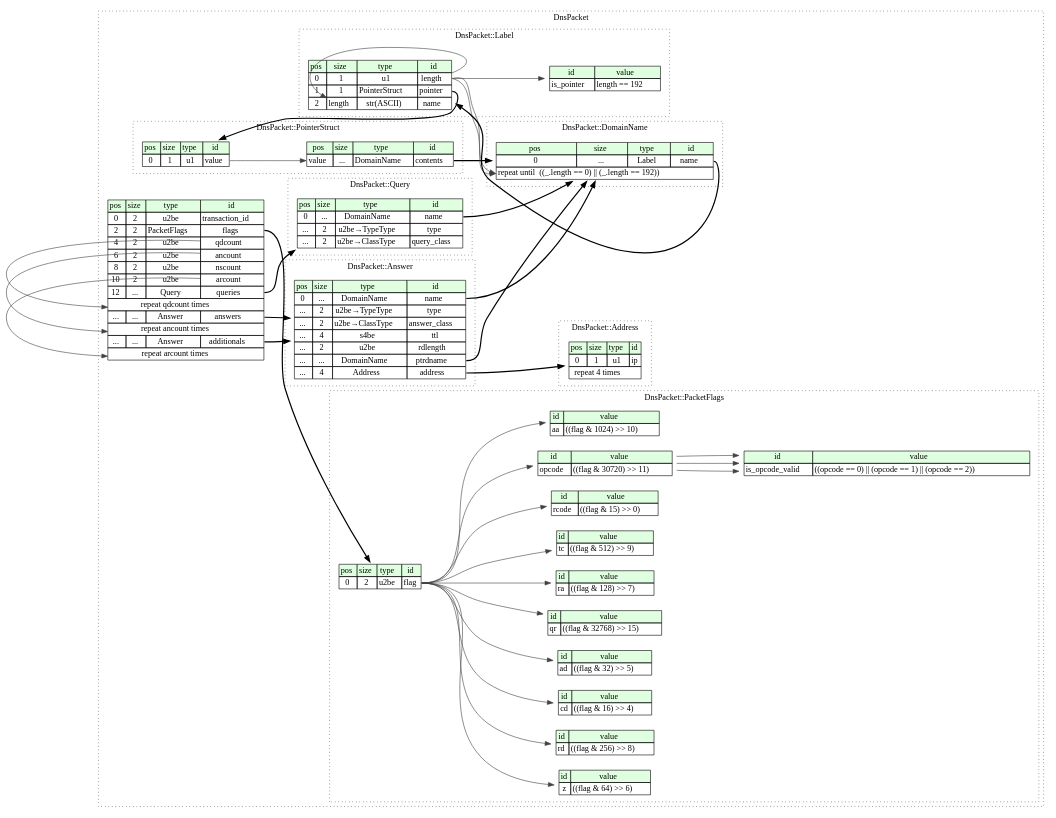
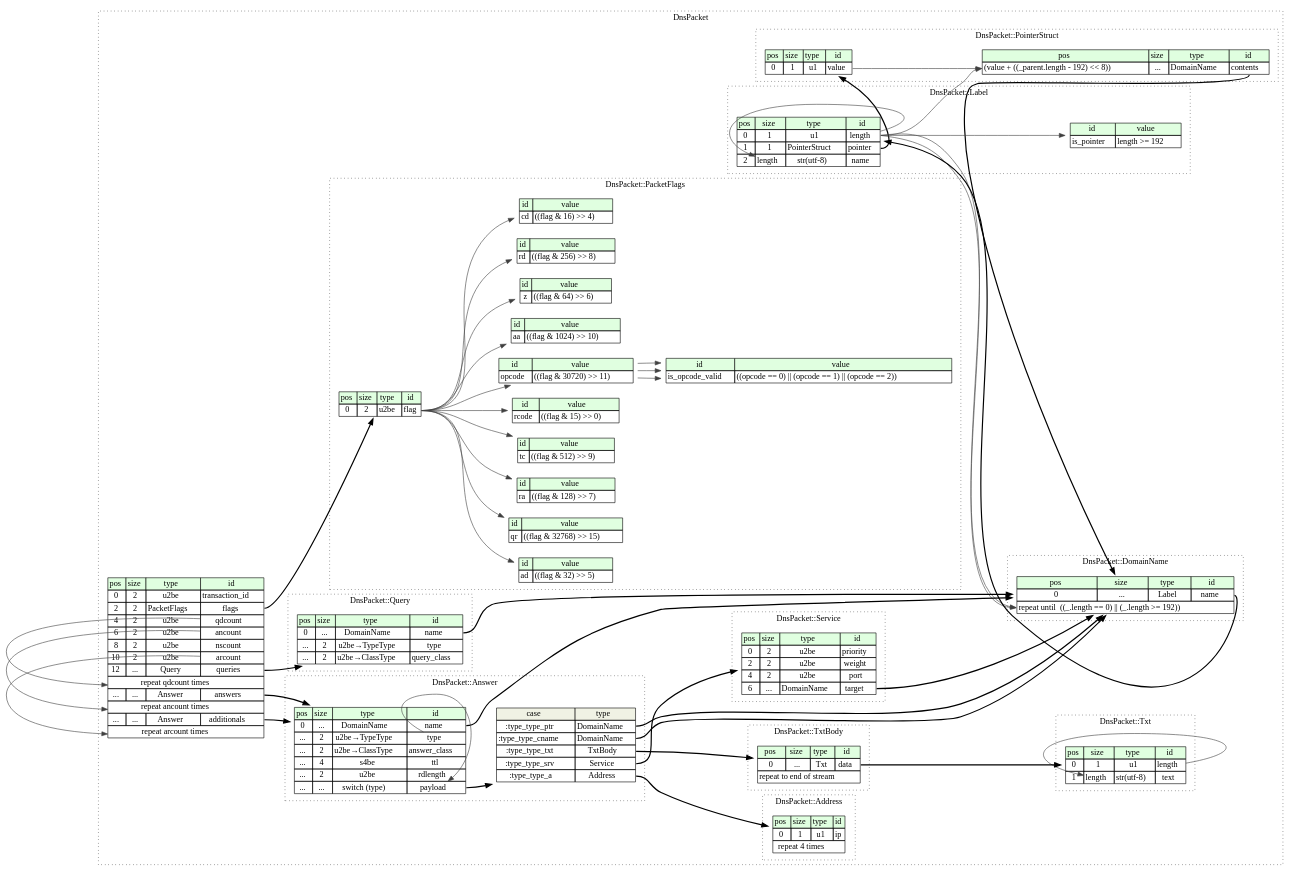
The diagram in dns_packet/src/graphviz/dns_packet.dot (kaitai-io/formats-kaitai-io.github.io), drawn with Graphviz before and after one commit. The commit also changed 20 other files, not shown here.

```diff
--- a/dns_packet/src/graphviz/dns_packet.dot
+++ b/dns_packet/src/graphviz/dns_packet.dot
@@ -30,7 +30,7 @@
 			</TABLE>>];
 			pointer_struct__inst__contents [label=<<TABLE BORDER="0" CELLBORDER="1" CELLSPACING="0">
 				<TR><TD BGCOLOR="#E0FFE0">pos</TD><TD BGCOLOR="#E0FFE0">size</TD><TD BGCOLOR="#E0FFE0">type</TD><TD BGCOLOR="#E0FFE0">id</TD></TR>
-				<TR><TD PORT="contents_pos">value</TD><TD PORT="contents_size">...</TD><TD>DomainName</TD><TD PORT="contents_type">contents</TD></TR>
+				<TR><TD PORT="contents_pos">(value + ((_parent.length - 192) &lt;&lt; 8))</TD><TD PORT="contents_size">...</TD><TD>DomainName</TD><TD PORT="contents_type">contents</TD></TR>
 			</TABLE>>];
 		}
 		subgraph cluster__label {
@@ -41,11 +41,11 @@
 				<TR><TD BGCOLOR="#E0FFE0">pos</TD><TD BGCOLOR="#E0FFE0">size</TD><TD BGCOLOR="#E0FFE0">type</TD><TD BGCOLOR="#E0FFE0">id</TD></TR>
 				<TR><TD PORT="length_pos">0</TD><TD PORT="length_size">1</TD><TD>u1</TD><TD PORT="length_type">length</TD></TR>
 				<TR><TD PORT="pointer_pos">1</TD><TD PORT="pointer_size">1</TD><TD>PointerStruct</TD><TD PORT="pointer_type">pointer</TD></TR>
-				<TR><TD PORT="name_pos">2</TD><TD PORT="name_size">length</TD><TD>str(ASCII)</TD><TD PORT="name_type">name</TD></TR>
+				<TR><TD PORT="name_pos">2</TD><TD PORT="name_size">length</TD><TD>str(utf-8)</TD><TD PORT="name_type">name</TD></TR>
 			</TABLE>>];
 			label__inst__is_pointer [label=<<TABLE BORDER="0" CELLBORDER="1" CELLSPACING="0">
 				<TR><TD BGCOLOR="#E0FFE0">id</TD><TD BGCOLOR="#E0FFE0">value</TD></TR>
-				<TR><TD>is_pointer</TD><TD>length == 192</TD></TR>
+				<TR><TD>is_pointer</TD><TD>length &gt;= 192</TD></TR>
 			</TABLE>>];
 		}
 		subgraph cluster__query {
@@ -66,7 +66,39 @@
 			domain_name__seq [label=<<TABLE BORDER="0" CELLBORDER="1" CELLSPACING="0">
 				<TR><TD BGCOLOR="#E0FFE0">pos</TD><TD BGCOLOR="#E0FFE0">size</TD><TD BGCOLOR="#E0FFE0">type</TD><TD BGCOLOR="#E0FFE0">id</TD></TR>
 				<TR><TD PORT="name_pos">0</TD><TD PORT="name_size">...</TD><TD>Label</TD><TD PORT="name_type">name</TD></TR>
-				<TR><TD COLSPAN="4" PORT="name__repeat">repeat until  ((_.length == 0) || (_.length == 192)) </TD></TR>
+				<TR><TD COLSPAN="4" PORT="name__repeat">repeat until  ((_.length == 0) || (_.length &gt;= 192)) </TD></TR>
+			</TABLE>>];
+		}
+		subgraph cluster__service {
+			label="DnsPacket::Service";
+			graph[style=dotted];
+
+			service__seq [label=<<TABLE BORDER="0" CELLBORDER="1" CELLSPACING="0">
+				<TR><TD BGCOLOR="#E0FFE0">pos</TD><TD BGCOLOR="#E0FFE0">size</TD><TD BGCOLOR="#E0FFE0">type</TD><TD BGCOLOR="#E0FFE0">id</TD></TR>
+				<TR><TD PORT="priority_pos">0</TD><TD PORT="priority_size">2</TD><TD>u2be</TD><TD PORT="priority_type">priority</TD></TR>
+				<TR><TD PORT="weight_pos">2</TD><TD PORT="weight_size">2</TD><TD>u2be</TD><TD PORT="weight_type">weight</TD></TR>
+				<TR><TD PORT="port_pos">4</TD><TD PORT="port_size">2</TD><TD>u2be</TD><TD PORT="port_type">port</TD></TR>
+				<TR><TD PORT="target_pos">6</TD><TD PORT="target_size">...</TD><TD>DomainName</TD><TD PORT="target_type">target</TD></TR>
+			</TABLE>>];
+		}
+		subgraph cluster__txt {
+			label="DnsPacket::Txt";
+			graph[style=dotted];
+
+			txt__seq [label=<<TABLE BORDER="0" CELLBORDER="1" CELLSPACING="0">
+				<TR><TD BGCOLOR="#E0FFE0">pos</TD><TD BGCOLOR="#E0FFE0">size</TD><TD BGCOLOR="#E0FFE0">type</TD><TD BGCOLOR="#E0FFE0">id</TD></TR>
+				<TR><TD PORT="length_pos">0</TD><TD PORT="length_size">1</TD><TD>u1</TD><TD PORT="length_type">length</TD></TR>
+				<TR><TD PORT="text_pos">1</TD><TD PORT="text_size">length</TD><TD>str(utf-8)</TD><TD PORT="text_type">text</TD></TR>
+			</TABLE>>];
+		}
+		subgraph cluster__txt_body {
+			label="DnsPacket::TxtBody";
+			graph[style=dotted];
+
+			txt_body__seq [label=<<TABLE BORDER="0" CELLBORDER="1" CELLSPACING="0">
+				<TR><TD BGCOLOR="#E0FFE0">pos</TD><TD BGCOLOR="#E0FFE0">size</TD><TD BGCOLOR="#E0FFE0">type</TD><TD BGCOLOR="#E0FFE0">id</TD></TR>
+				<TR><TD PORT="data_pos">0</TD><TD PORT="data_size">...</TD><TD>Txt</TD><TD PORT="data_type">data</TD></TR>
+				<TR><TD COLSPAN="4" PORT="data__repeat">repeat to end of stream</TD></TR>
 			</TABLE>>];
 		}
 		subgraph cluster__address {
@@ -90,9 +122,16 @@
 				<TR><TD PORT="answer_class_pos">...</TD><TD PORT="answer_class_size">2</TD><TD>u2be→ClassType</TD><TD PORT="answer_class_type">answer_class</TD></TR>
 				<TR><TD PORT="ttl_pos">...</TD><TD PORT="ttl_size">4</TD><TD>s4be</TD><TD PORT="ttl_type">ttl</TD></TR>
 				<TR><TD PORT="rdlength_pos">...</TD><TD PORT="rdlength_size">2</TD><TD>u2be</TD><TD PORT="rdlength_type">rdlength</TD></TR>
-				<TR><TD PORT="ptrdname_pos">...</TD><TD PORT="ptrdname_size">...</TD><TD>DomainName</TD><TD PORT="ptrdname_type">ptrdname</TD></TR>
-				<TR><TD PORT="address_pos">...</TD><TD PORT="address_size">4</TD><TD>Address</TD><TD PORT="address_type">address</TD></TR>
+				<TR><TD PORT="payload_pos">...</TD><TD PORT="payload_size">...</TD><TD>switch (type)</TD><TD PORT="payload_type">payload</TD></TR>
 			</TABLE>>];
+answer__seq_payload_switch [label=<<TABLE BORDER="0" CELLBORDER="1" CELLSPACING="0">
+	<TR><TD BGCOLOR="#F0F2E4">case</TD><TD BGCOLOR="#F0F2E4">type</TD></TR>
+	<TR><TD>:type_type_ptr</TD><TD PORT="case0">DomainName</TD></TR>
+	<TR><TD>:type_type_cname</TD><TD PORT="case1">DomainName</TD></TR>
+	<TR><TD>:type_type_txt</TD><TD PORT="case2">TxtBody</TD></TR>
+	<TR><TD>:type_type_srv</TD><TD PORT="case3">Service</TD></TR>
+	<TR><TD>:type_type_a</TD><TD PORT="case4">Address</TD></TR>
+</TABLE>>];
 		}
 		subgraph cluster__packet_flags {
 			label="DnsPacket::PacketFlags";
@@ -156,6 +195,7 @@
 	dns_packet__seq:additionals_type -> answer__seq [style=bold];
 	dns_packet__seq:arcount_type -> dns_packet__seq:additionals__repeat [color="#404040"];
 	pointer_struct__seq:value_type -> pointer_struct__inst__contents:contents_pos [color="#404040"];
+	label__seq:length_type -> pointer_struct__inst__contents:contents_pos [color="#404040"];
 	pointer_struct__inst__contents:contents_type -> domain_name__seq [style=bold];
 	label__seq:pointer_type -> pointer_struct__seq [style=bold];
 	label__seq:length_type -> label__seq:name_size [color="#404040"];
@@ -164,9 +204,17 @@
 	domain_name__seq:name_type -> label__seq [style=bold];
 	label__seq:length_type -> domain_name__seq:name__repeat [color="#404040"];
 	label__seq:length_type -> domain_name__seq:name__repeat [color="#404040"];
+	service__seq:target_type -> domain_name__seq [style=bold];
+	txt__seq:length_type -> txt__seq:text_size [color="#404040"];
+	txt_body__seq:data_type -> txt__seq [style=bold];
 	answer__seq:name_type -> domain_name__seq [style=bold];
-	answer__seq:ptrdname_type -> domain_name__seq [style=bold];
-	answer__seq:address_type -> address__seq [style=bold];
+	answer__seq:payload_type -> answer__seq_payload_switch [style=bold];
+	answer__seq_payload_switch:case0 -> domain_name__seq [style=bold];
+	answer__seq_payload_switch:case1 -> domain_name__seq [style=bold];
+	answer__seq_payload_switch:case2 -> txt_body__seq [style=bold];
+	answer__seq_payload_switch:case3 -> service__seq [style=bold];
+	answer__seq_payload_switch:case4 -> address__seq [style=bold];
+	answer__seq:type_type -> answer__seq:payload_type [color="#404040"];
 	packet_flags__seq:flag_type -> packet_flags__inst__qr [color="#404040"];
 	packet_flags__seq:flag_type -> packet_flags__inst__ra [color="#404040"];
 	packet_flags__seq:flag_type -> packet_flags__inst__tc [color="#404040"];
```
